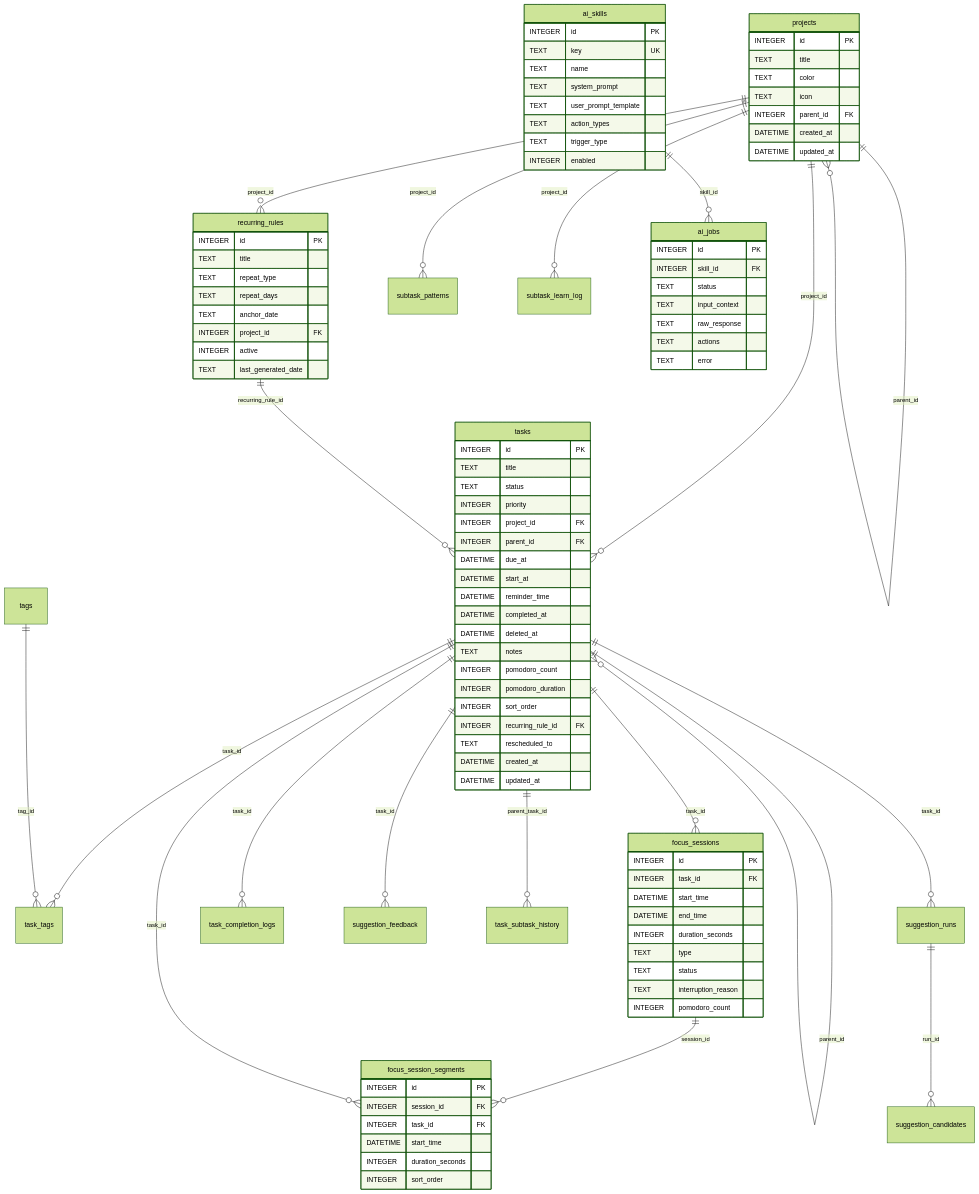
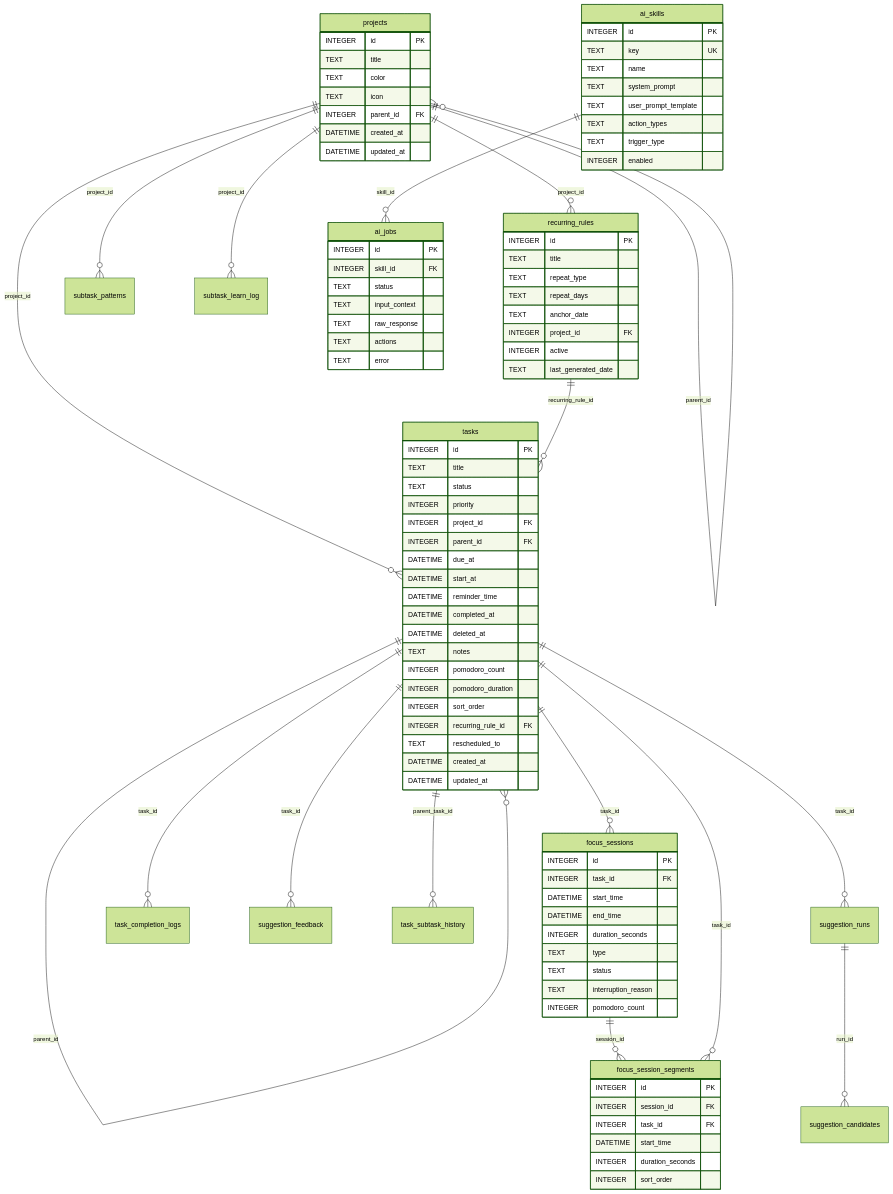
One commit to Jianzhe228/tracker changed the second of 10 diagrams in docs/数据库设计说明.md. Above: the diagram before and after it, drawn with Mermaid (forest theme). The commit also changed other lines of this file and 9 other files, not shown here.

First line of the commit message:
refactor(db)!: treat current schema as v1, drop all pre-release compatibility

```diff
--- a/docs/数据库设计说明.md
+++ b/docs/数据库设计说明.md
@@ -46,8 +47,6 @@
 
   tasks ||--o{ tasks : "parent_id"
   recurring_rules ||--o{ tasks : "recurring_rule_id"
-  tasks ||--o{ task_tags : "task_id"
-  tags ||--o{ task_tags : "tag_id"
   tasks ||--o{ focus_sessions : "task_id"
   focus_sessions ||--o{ focus_session_segments : "session_id"
   tasks ||--o{ focus_session_segments : "task_id"
```
